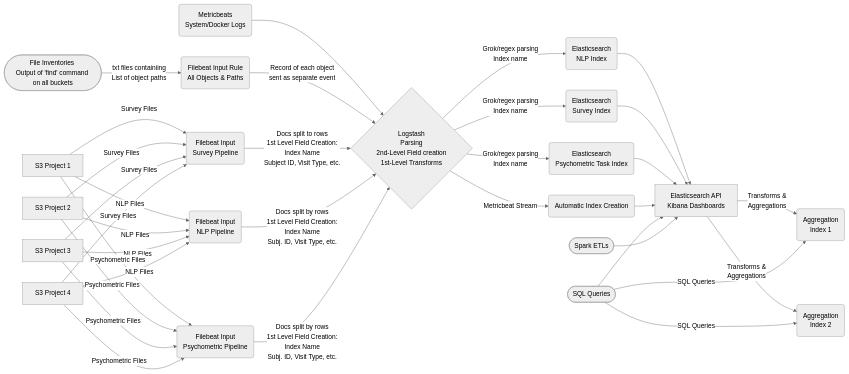
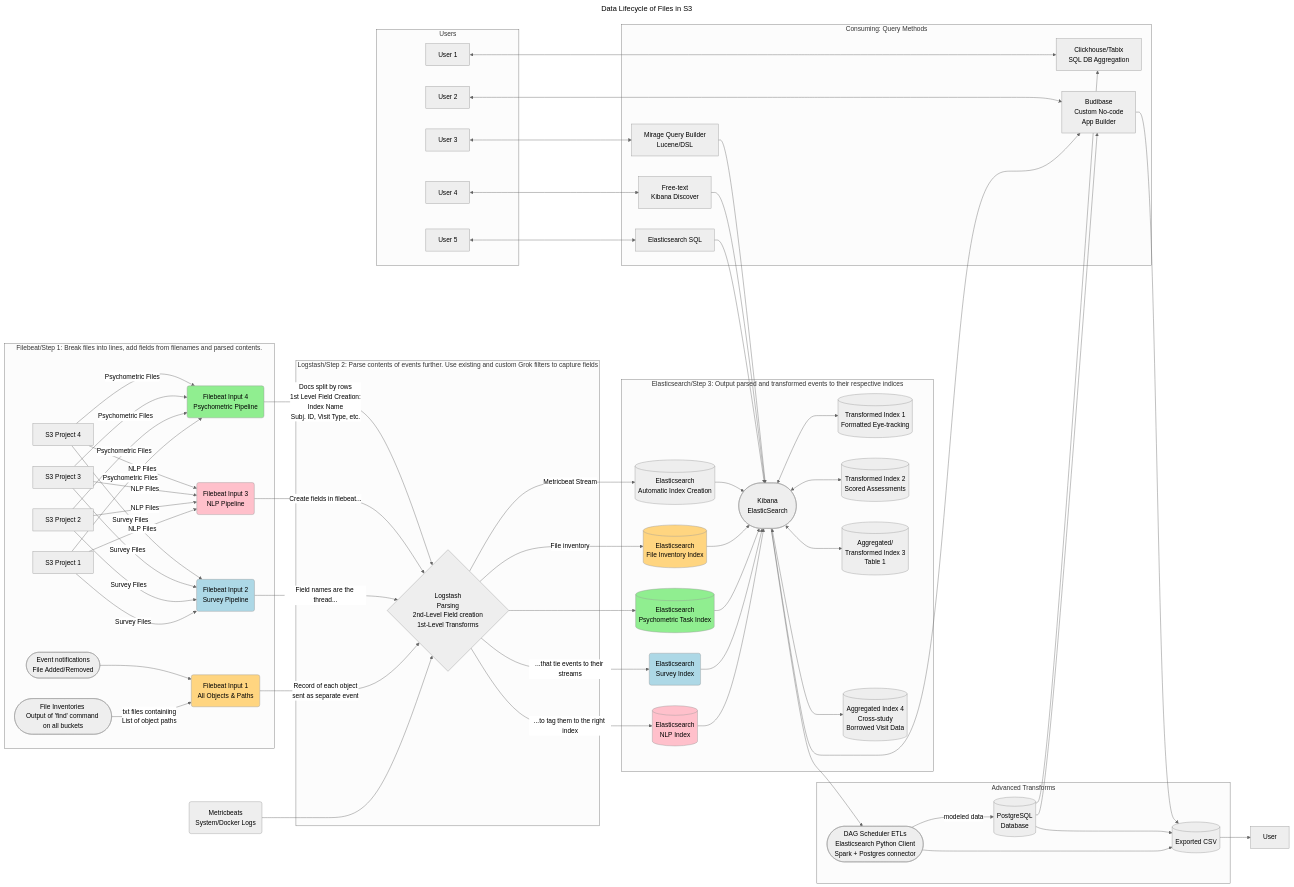
The diagram in README.md (jackgray/elastic-stack-for-data-science), drawn with Mermaid (neutral theme) before and after one commit.

Commit message:
update flowchart

````diff
--- a/README.md
+++ b/README.md
@@ -1,50 +1,109 @@
 ```mermaid
+---
+title: Data Lifecycle of Files in S3
+---
 flowchart LR
+    subgraph S3[Filebeat/Step 1: Break files into lines, add fields from filenames and parsed contents. ]
     A[S3 Project 1] -->|Survey Files| aa
     %% style A color:blue
     B[S3 Project 2] -->|Survey Files| aa
     C[S3 Project 3] -->|Survey Files| aa
-    D[S3 Project 4] -->|Survey Files| aa(Filebeat Input\nSurvey Pipeline)
+    D[S3 Project 4] -->|Survey Files| aa(Filebeat Input 2\nSurvey Pipeline)
+    
+    style aa fill:lightblue,color:black
     %% aa -->|Grok/regex parsing| b(Index 1)
     %% aa -->|Grok/regex parsing| c(Index 2)
 
-    F([File Inventories \nOutput of 'find' command on all buckets]) -->|txt files containiing\nList of object paths| ff(Filebeat Input Rule\nAll Objects & Paths)
+    F([File Inventories \nOutput of 'find' command on all buckets]) -->|txt files containiing\nList of object paths| ff(Filebeat Input 1\nAll Objects & Paths)
+    style ff fill:#FFD580
+
+    SQS([Event notifications \nFile Added/Removed]) --> ff
 
     A -->|NLP Files| bb
     B -->|NLP Files| bb
     C -->|NLP Files| bb
-    D -->|NLP Files| bb(Filebeat Input\nNLP Pipeline)
-
+    D -->|NLP Files| bb(Filebeat Input 3\nNLP Pipeline)
+    style bb fill:pink,color:black
     A -->|Psychometric Files| cc
     B -->|Psychometric Files| cc
     C -->|Psychometric Files| cc
-    D -->|Psychometric Files| cc(Filebeat Input\nPsychometric Pipeline)
-
+    D -->|Psychometric Files| cc(Filebeat Input 4\nPsychometric Pipeline)
+    style cc fill:lightgreen
+    end
     M(Metricbeats\nSystem/Docker Logs) --> Z
 
+    subgraph Logstash[Logstash/Step 2: Parse contents of events further. Use existing and custom Grok filters to capture fields]
     ff -->|Record of each object \n sent as separate event| Z
-    aa -->|Docs split to rows\n1st Level Field Creation:\nIndex Name \nSubject ID, Visit Type, etc.| Z
-    bb --> |Docs split by rows\n1st Level Field Creation:\nIndex Name \nSubj. ID, Visit Type, etc.|Z
+    aa --> |Field names are the thread...| Z
+    bb --> |Create fields in filebeat...|Z
     cc --> |Docs split by rows\n1st Level Field Creation:\nIndex Name \nSubj. ID, Visit Type, etc.| Z{Logstash\nParsing\n2nd-Level Field creation\n1st-Level Transforms}
 
+    end
+    subgraph Elasticsearch/Kibana[Elasticsearch/Step 3: Output parsed and transformed events to their respective indices]
 
-    Z -->|Grok/regex parsing\nIndex name| E1(Elasticsearch \nNLP Index)
-    Z -->|Grok/regex parsing\nIndex name| E2(Elasticsearch \nSurvey Index)
-    Z -->|Grok/regex parsing\nIndex name| E3(Elasticsearch \nPsychometric Task Index)
-
-    Z -->|Metricbeat Stream| E4(Automatic Index Creation)
-
+    Z -->|...to tag them to the right index| E1[(Elasticsearch \nNLP Index)]
+    Z --> |...that tie events to their streams|E2(Elasticsearch \nSurvey Index)
+    Z --> E3[(Elasticsearch \nPsychometric Task Index)]
+    Z -->|Metricbeat Stream| E4[(Elasticsearch\nAutomatic Index Creation)]
+    Z -->|File inventory|E5[(Elasticsearch\nFile Inventory Index)]
+    style E2 fill:lightblue
+    style E3 fill:lightgreen
+    style E1 fill:pink
+    style E5 fill:#FFD580
     E1 --> K
     E2 --> K
     E3 --> K
-    E4 --> K[Elasticsearch API\nKibana Dashboards]
+    E5 --> K
+    E4 --> K([ \nKibana\nElasticSearch \n\n ])
 
-    K -->|Transforms & \nAggregations| Aggs(Aggregation \nIndex 1)
-    K -->|Transforms & \nAggregations| Aggs2(Aggregation \nIndex 2)
-    SQL([SQL Queries]) --> K
-    SQL -->|SQL Queries| Aggs
-    SQL --> |SQL Queries| Aggs2
-    Spark([Spark ETLs]) --> K
+    
+    K <--> Aggs[(Transformed Index 1\nFormatted Eye-tracking)]
+    K <--> Aggs2[(Transformed Index 2\nScored Assessments)]
+    K <--> Aggs3[(Aggregated/\nTransformed Index 3\nTable 1)]
+    K <--> Agg4[(Aggregated Index 4\nCross-study\nBorrowed Visit Data)]
+    %% SQL([SQL Queries\nDAG Scheduler ETLs]) --> K
+    end
+    %% SQL --> Aggs
+    %% SQL --> Aggs2
+    %% Aggs --> K
+    %% Aggs2 --> K
+    %% Aggs3 --> K
+    
+
+    subgraph Spark [Advanced Transforms]
+    %% ETL([DAG Scheduler ETLs\nElasticsearchPython Client]) --> K
+    K --> ETL([DAG Scheduler ETLs\nElasticsearch Python Client\nSpark + Postgres connector])
+
+    ETL -->|modeled data| PG[(PostgreSQL\nDatabase)]
+    ETL --> CSV[(Exported CSV)]
+    PG --> CSV
+
+    end
+    CSV --> U6[User]
+
+    subgraph LR Query [Consuming: Query Methods]
+    ESQL[Elasticsearch SQL] --> K
+    FT[Free-text\nKibana Discover] --> K
+    MR[Mirage Query Builder \nLucene/DSL] --> K
+    PG --> CH[Clickhouse/Tabix\nSQL DB Aggregation]
+    %% CH --> A
+    K --> BB[Budibase\nCustom No-code \nApp Builder]
+    PG --> BB
+    BB --> CSV
+    end
+    
+    subgraph LR User [Users]
+    U1[User 1] <--> CH
+    %% U1 --> BB
+    U2[User 2] <--> BB
+    U3[User 3] <--> MR
+    U4[User 4] <--> FT
+    U5[User 5] <--> ESQL
+    %% CSV --> U1
+    %% CSV --> U2
+    %% CSV --> U3
+    end
+    %% Spark([Spark ETLs]) --> K
 
     %% \nExport to Postgres]
     
@@ -53,4 +112,5 @@
     %% C -->|Two| E[iPhone]
     %% C -->|Three| F[fa:fa-car Car]
   
+  
 ```
````
